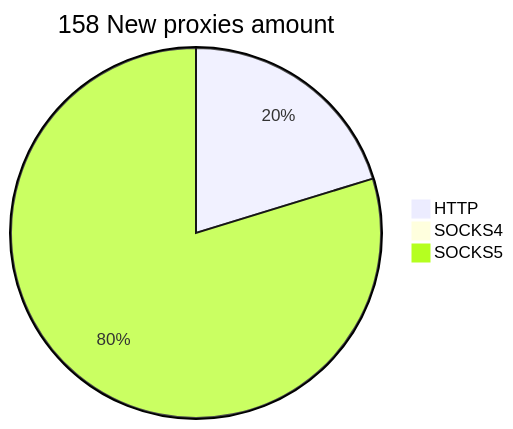
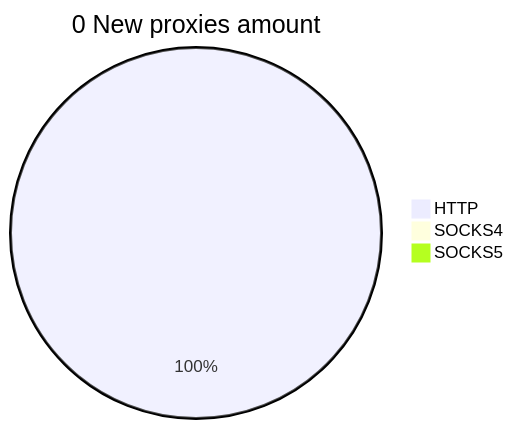
One commit to cutipu/proxylist changed the second of 2 diagrams in README.md. Above: the diagram before and after it, drawn with Mermaid. The commit also changed other lines of this file, not shown here.

````diff
--- a/README.md
+++ b/README.md
@@ -10,6 +10,6 @@
 ```mermaid
-pie title 158 New proxies amount
-    "HTTP" : 32
+pie title 0 New proxies amount
+    "HTTP" : 1
     "SOCKS4" : 0
-    "SOCKS5" : 126
+    "SOCKS5" : 0
 ```
````
